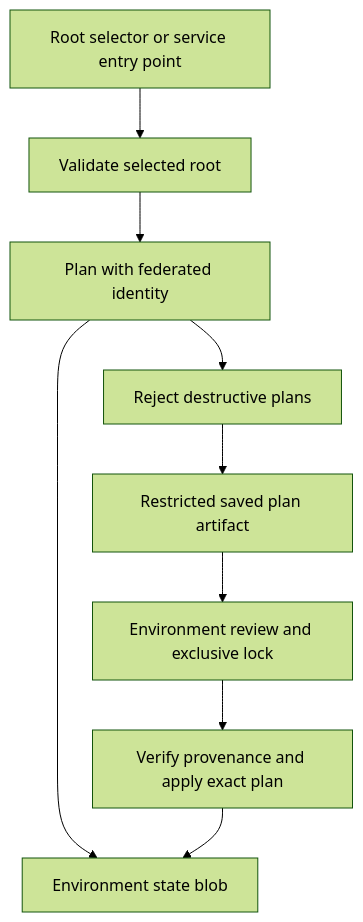
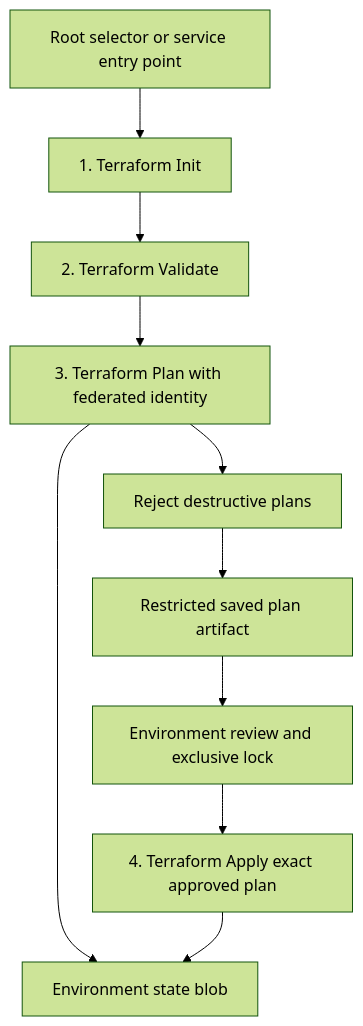
One commit to dotman01k/azure-automated-pipeline changed the diagram in README.md. Above: the diagram before and after it, drawn with Mermaid (forest theme). The commit also changed other lines of this file and 15 other files, not shown here.

Commit message:
Give Terraform Init Validate Plan and Apply their own numbered stages

````diff
--- a/README.md
+++ b/README.md
@@ -46,11 +48,12 @@
 ```mermaid
 flowchart TD
-  E[Root selector or service entry point] --> V[Validate selected root]
-  V --> P[Plan with federated identity]
+  E[Root selector or service entry point] --> I[1. Terraform Init]
+  I --> V[2. Terraform Validate]
+  V --> P[3. Terraform Plan with federated identity]
   P --> G[Reject destructive plans]
   G --> A[Restricted saved plan artifact]
   A --> R[Environment review and exclusive lock]
-  R --> X[Verify provenance and apply exact plan]
+  R --> X[4. Terraform Apply exact approved plan]
   P --> B[Environment state blob]
   X --> B
 ```
````
